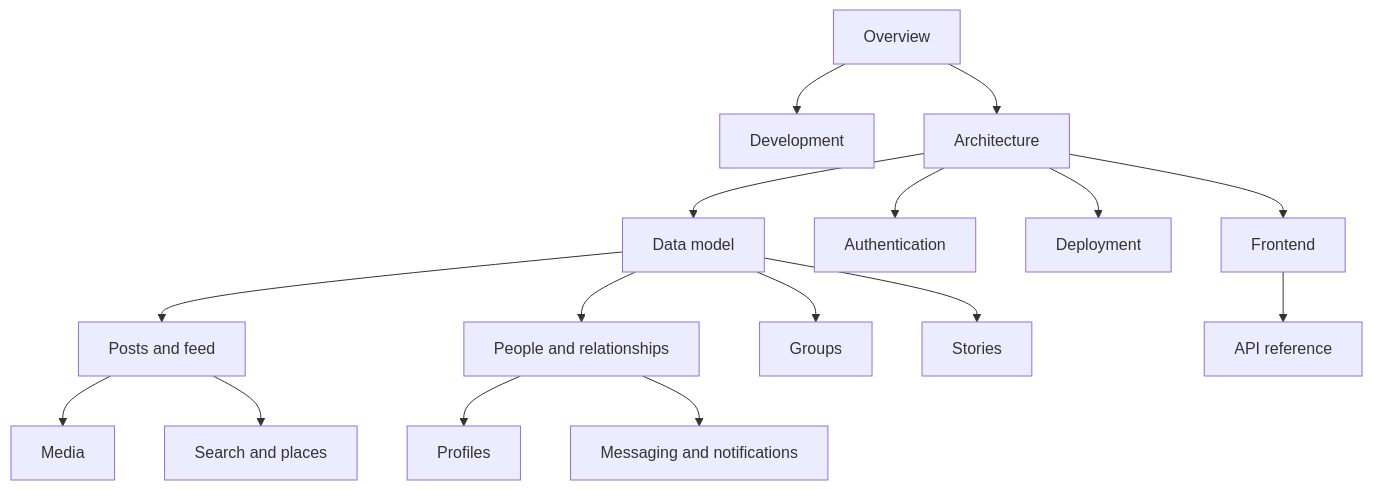
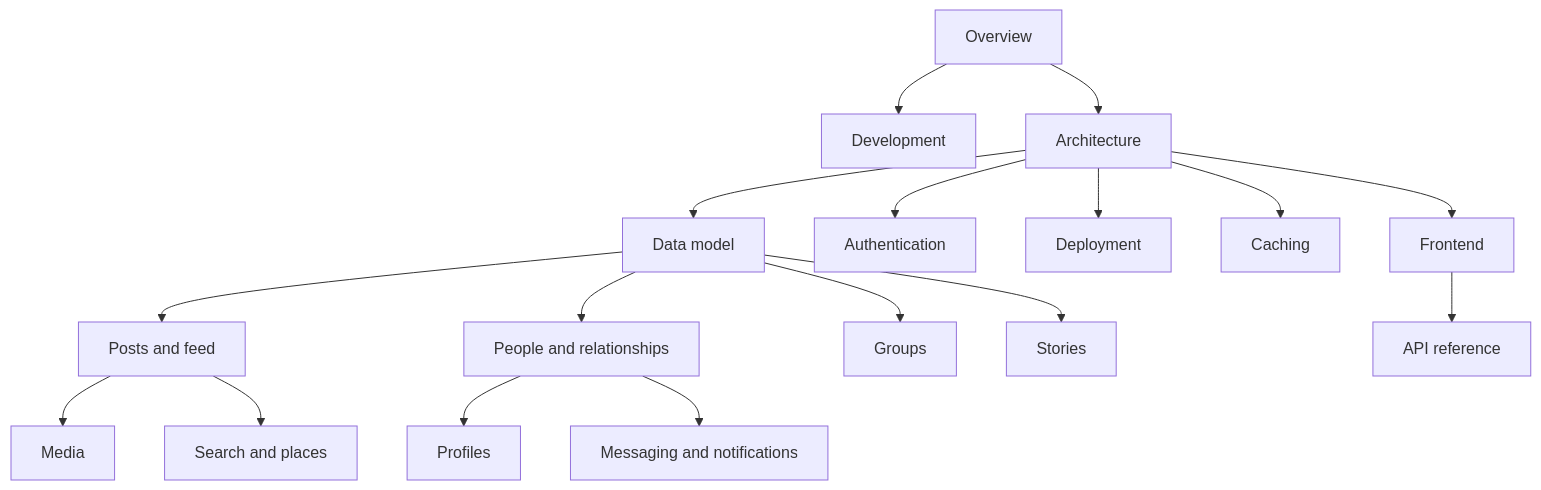
The diagram in docs/README.md (AkioCkist/Oremus), drawn with Mermaid before and after one commit. The commit also changed other lines of this file and 24 other files, not shown here.

````diff
--- a/docs/README.md
+++ b/docs/README.md
@@ -37,18 +38,19 @@
 ```mermaid
 flowchart TB
   Overview["Overview"] --> Dev["Development"]
   Overview --> Arch["Architecture"]
   Arch --> Data["Data model"]
   Arch --> Auth["Authentication"]
   Arch --> Deploy["Deployment"]
+  Arch --> Cache["Caching"]
   Arch --> Front["Frontend"]
   Data --> Posts["Posts and feed"]
   Data --> Social["People and relationships"]
   Social --> Profiles["Profiles"]
   Data --> Groups["Groups"]
   Data --> Stories["Stories"]
   Posts --> Media["Media"]
   Social --> Msg["Messaging and notifications"]
   Posts --> Search["Search and places"]
   Front --> APIRef["API reference"]
 ```
````
